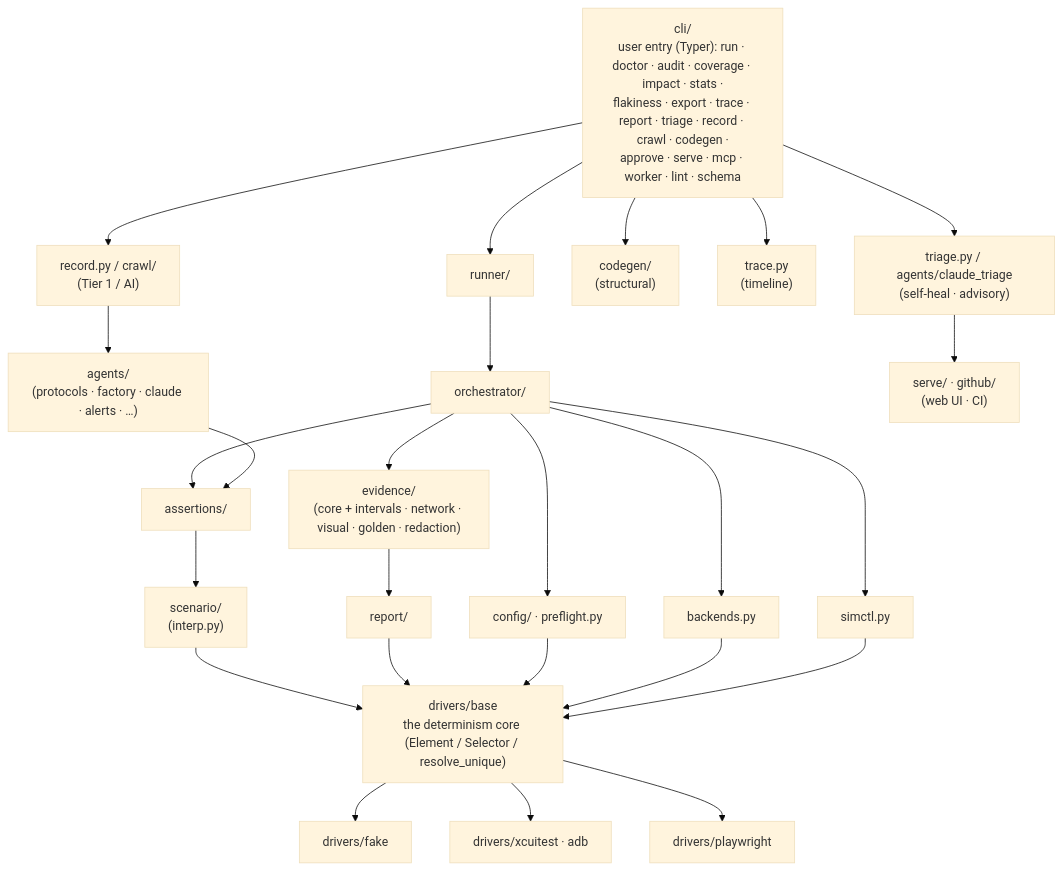
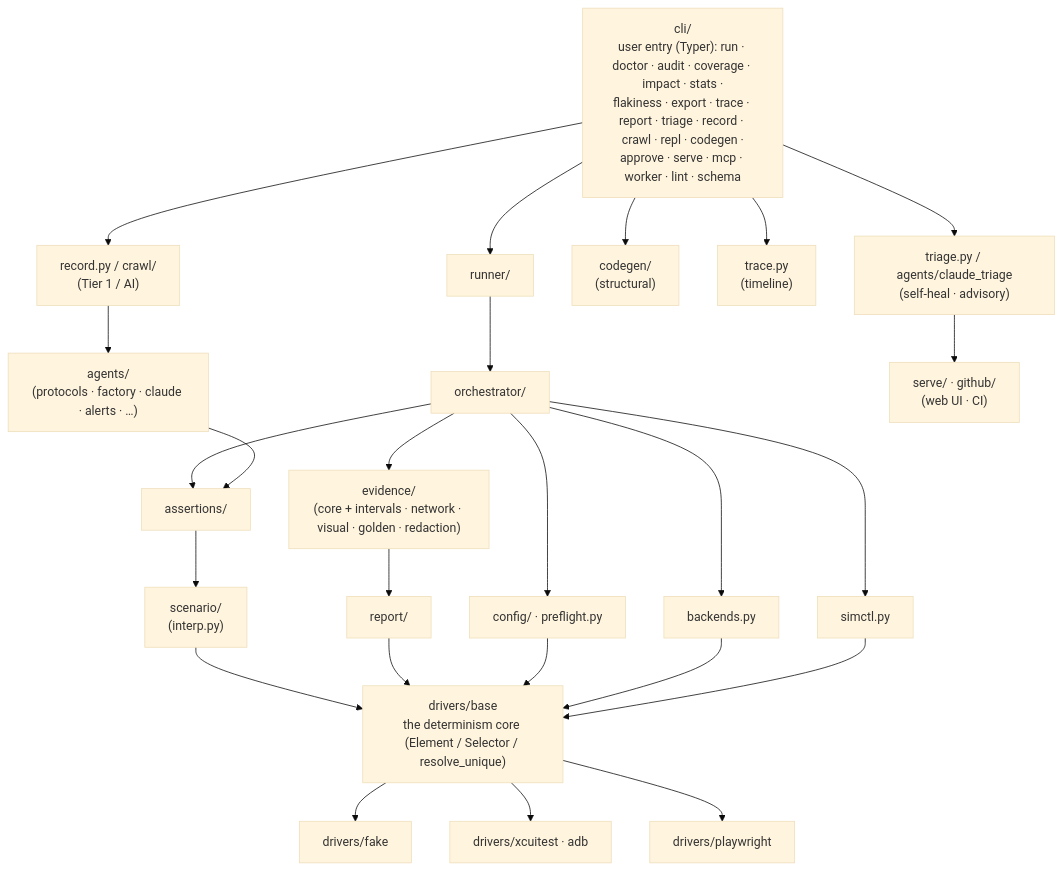
The second of 2 diagrams in docs/architecture.md (bajutsu-e2e/bajutsu), drawn with Mermaid (base theme) before and after one commit. The commit also changed other lines of this file and 29 other files, not shown here.

````diff
--- a/docs/architecture.md
+++ b/docs/architecture.md
@@ -150,59 +151,59 @@
 ```mermaid
 flowchart TB
-    cli["cli/<br/>user entry (Typer): run · doctor · audit · coverage · impact · stats ·<br/>flakiness · export · trace · report · triage · record · crawl · codegen ·<br/>approve · serve · mcp · worker · lint · schema"]
+    cli["cli/<br/>user entry (Typer): run · doctor · audit · coverage · impact · stats ·<br/>flakiness · export · trace · report · triage · record · crawl · repl · codegen ·<br/>approve · serve · mcp · worker · lint · schema"]
 
     runner["runner/"]
     record["record.py / crawl/<br/>(Tier 1 / AI)"]
     codegen["codegen/<br/>(structural)"]
     trace["trace.py<br/>(timeline)"]
     triage["triage.py / agents/claude_triage<br/>(self-heal · advisory)"]
 
     orch["orchestrator/"]
     agentStuff["agents/<br/>(protocols · factory · claude · alerts · …)"]
     serveGh["serve/ · github/<br/>(web UI · CI)"]
 
     assertions["assertions/"]
     evidence["evidence/<br/>(core + intervals · network · visual · golden · redaction)"]
 
     scenario["scenario/<br/>(interp.py)"]
     report["report/"]
     config["config/ · preflight.py"]
     backends["backends.py"]
     simctl["simctl.py"]
 
     base["drivers/base<br/>the determinism core (Element / Selector / resolve_unique)"]
 
     fake["drivers/fake"]
     ios["drivers/xcuitest · adb"]
     pw["drivers/playwright"]
 
     cli --> runner
     cli --> record
     cli --> codegen
     cli --> trace
     cli --> triage
 
     runner --> orch
     record --> agentStuff
     triage --> serveGh
 
     orch --> assertions
     orch --> evidence
     agentStuff --> assertions
 
     assertions --> scenario
     evidence --> report
     orch --> config
     orch --> backends
     orch --> simctl
 
     scenario --> base
     report --> base
     config --> base
     backends --> base
     simctl --> base
 
     base --> fake
     base --> ios
     base --> pw
 ```
````
